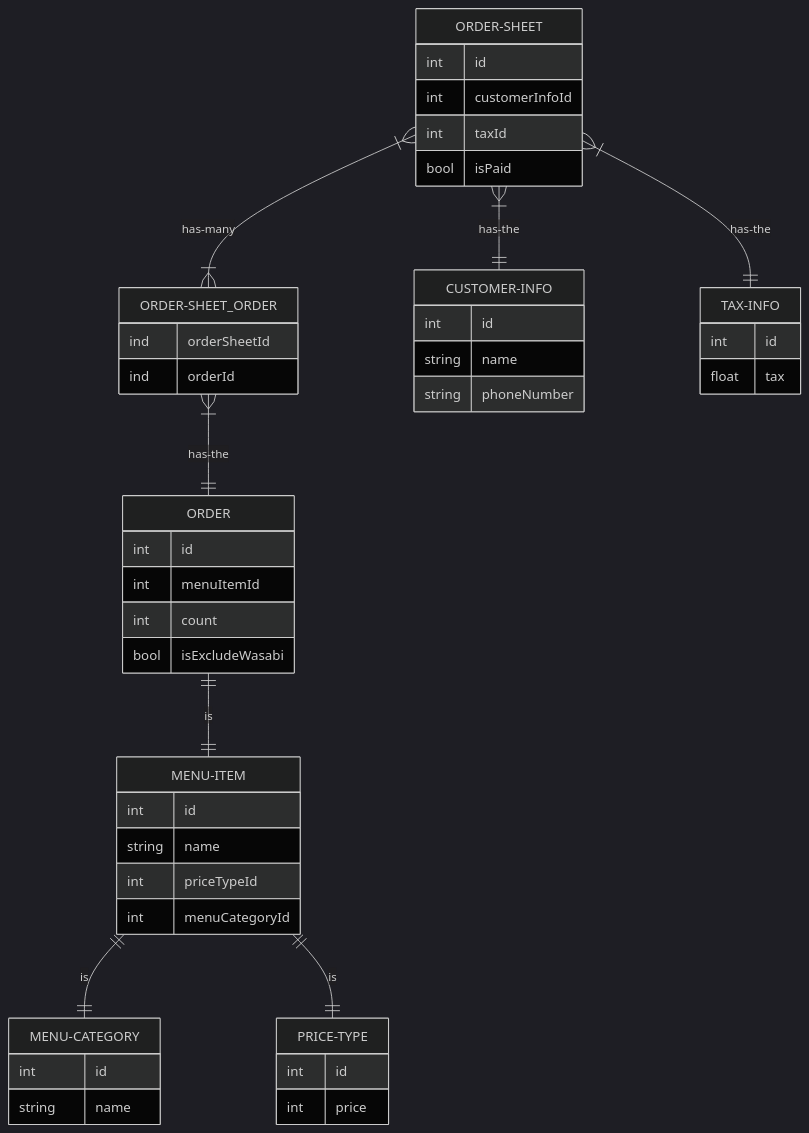
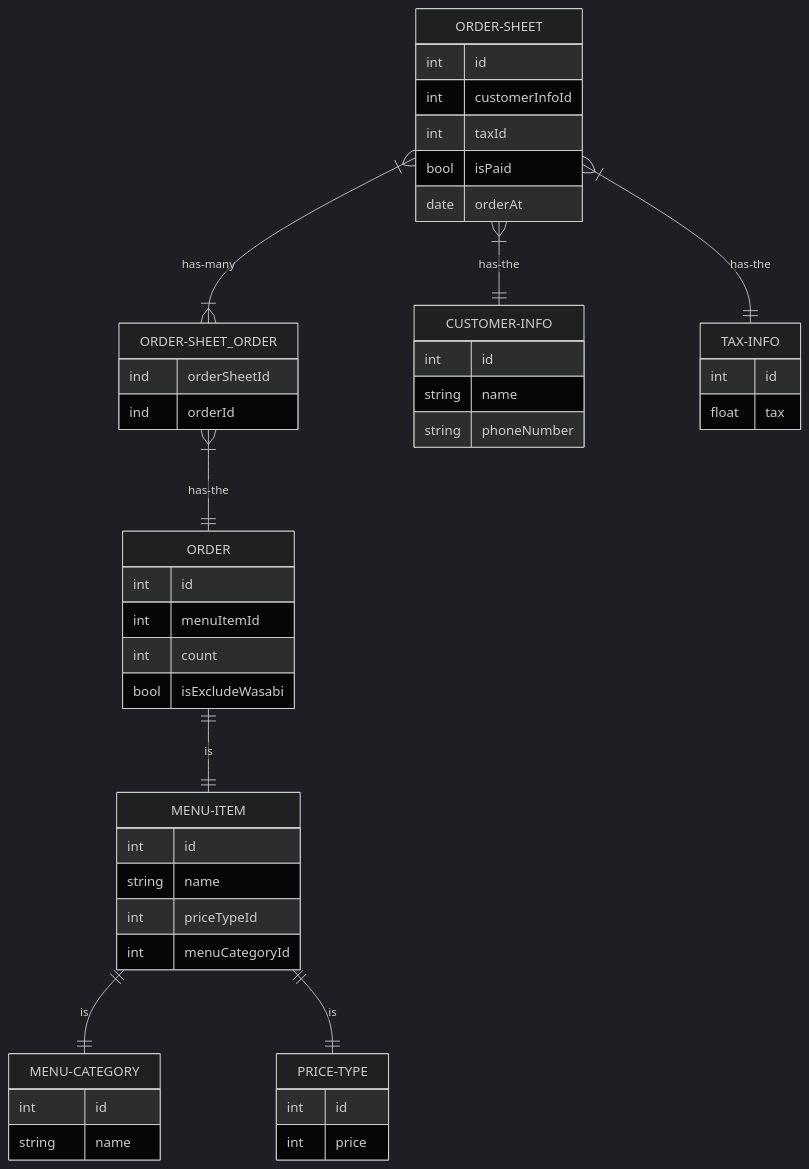
Before and after one commit to junseinagao/praha-challenge: the first of 2 diagrams in データベース設計/DBモデリング1/README.md, drawn with Mermaid (dark theme). The commit also changed other lines of this file, not shown here.

Commit message:
DB モデリング 1 - 注文日を追加。

````diff
--- a/データベース設計/DBモデリング1/README.md
+++ b/データベース設計/DBモデリング1/README.md
@@ -7,57 +7,58 @@
 ```mermaid
 erDiagram
     ORDER-SHEET }|--|{ ORDER-SHEET_ORDER : has-many
     ORDER-SHEET_ORDER }|--|| ORDER : has-the
     ORDER-SHEET }|--|| CUSTOMER-INFO : has-the
     ORDER-SHEET }|--|| TAX-INFO : has-the
     ORDER ||--|| MENU-ITEM : is
     MENU-ITEM ||--|| MENU-CATEGORY : is
     MENU-ITEM ||--|| PRICE-TYPE : is
 
     ORDER-SHEET {
         int id
         int customerInfoId
         int taxId
         bool isPaid
+        date orderAt
     }
 
     ORDER-SHEET_ORDER {
         ind orderSheetId
         ind orderId
     }
 
     ORDER {
         int id
         int menuItemId
         int count
         bool isExcludeWasabi
     }
 
     MENU-ITEM {
         int id
         string name
         int priceTypeId
         int menuCategoryId
     }
 
     PRICE-TYPE {
         int id
         int price
     }
 
     MENU-CATEGORY {
         int id
         string name
     }
 
     CUSTOMER-INFO {
         int id
         string name
         string phoneNumber
     }
 
     TAX-INFO {
         int id
         float tax
     }
 ```
````
